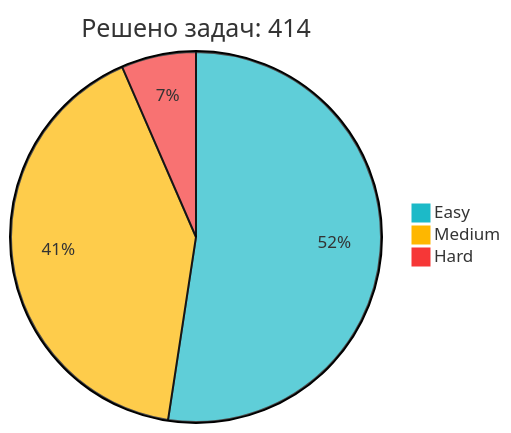
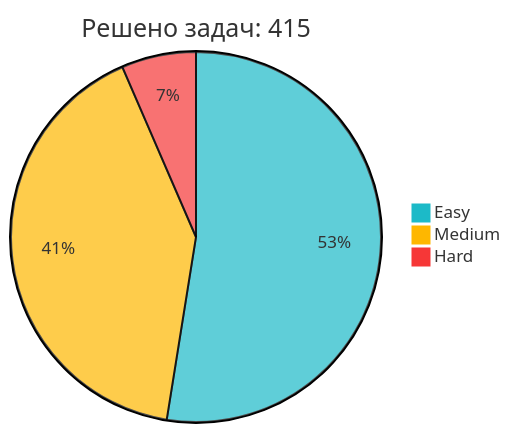
Before and after one commit to IliaKurdukov/IliaKurdukov: the diagram in README.md, drawn with Mermaid. The commit also changed other lines of this file, not shown here.

Commit message:
📈 Обновление статистики LeetCode

````diff
--- a/README.md
+++ b/README.md
@@ -51,7 +51,7 @@
 ```mermaid
 %%{init: {'theme': 'base', 'themeVariables': { 'pie1': '#1CBAC8', 'pie2': '#FEB700', 'pie3': '#F63737' }, 'config': {'width': 300, 'height': 200}}}%%
-pie title Решено задач: 414
-   "Easy" : 217
+pie title Решено задач: 415
+   "Easy" : 218
    "Medium" : 170
    "Hard" : 27
 ```
````
